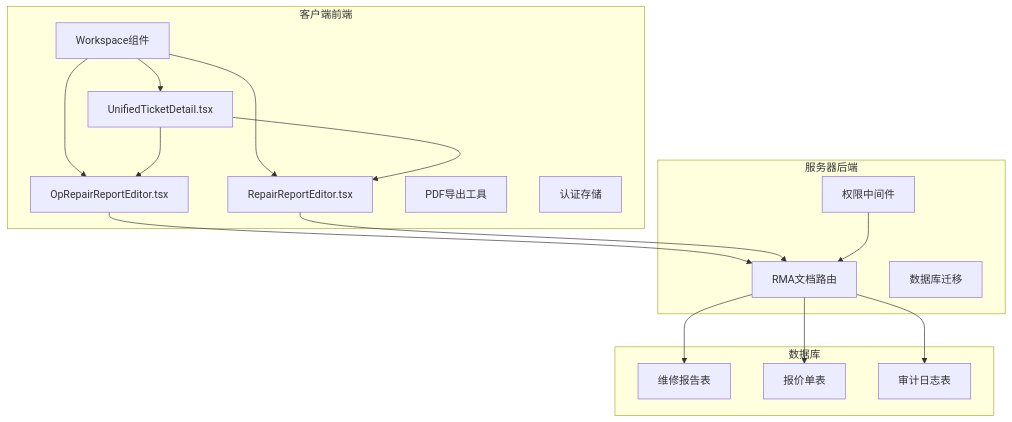
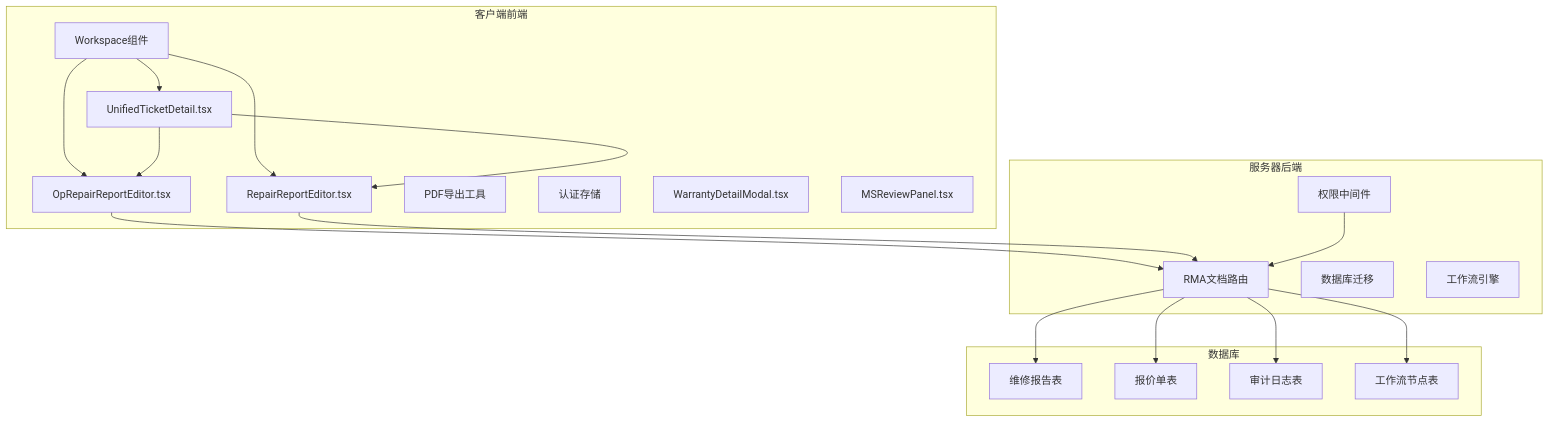
The first of 8 diagrams in .qoder/repowiki/zh/content/前端组件架构/服务工作流增强/运营维修报告编辑器.md (CubeEdge/Longhorn), drawn with Mermaid before and after one commit. The commit also changed other lines of this file and 3 other files, not shown here.

````diff
--- a/.qoder/repowiki/zh/content/前端组件架构/服务工作流增强/运营维修报告编辑器.md
+++ b/.qoder/repowiki/zh/content/前端组件架构/服务工作流增强/运营维修报告编辑器.md
@@ -39,32 +53,37 @@
 ```mermaid
 graph TB
 subgraph "客户端前端"
 A[Workspace组件]
 B[OpRepairReportEditor.tsx]
 C[RepairReportEditor.tsx]
 D[UnifiedTicketDetail.tsx]
 E[PDF导出工具]
 F[认证存储]
+G[WarrantyDetailModal.tsx]
+H[MSReviewPanel.tsx]
 end
 subgraph "服务器后端"
-G[RMA文档路由]
-H[数据库迁移]
-I[权限中间件]
+I[RMA文档路由]
+J[数据库迁移]
+K[权限中间件]
+L[工作流引擎]
 end
 subgraph "数据库"
-J[维修报告表]
-K[报价单表]
-L[审计日志表]
+M[维修报告表]
+N[报价单表]
+O[审计日志表]
+P[工作流节点表]
 end
 A --> B
 A --> C
 A --> D
-B --> G
-C --> G
+B --> I
+C --> I
 D --> B
 D --> C
-G --> J
-G --> K
-G --> L
-I --> G
+I --> M
+I --> N
+I --> O
+I --> P
+K --> I
 ```
````
